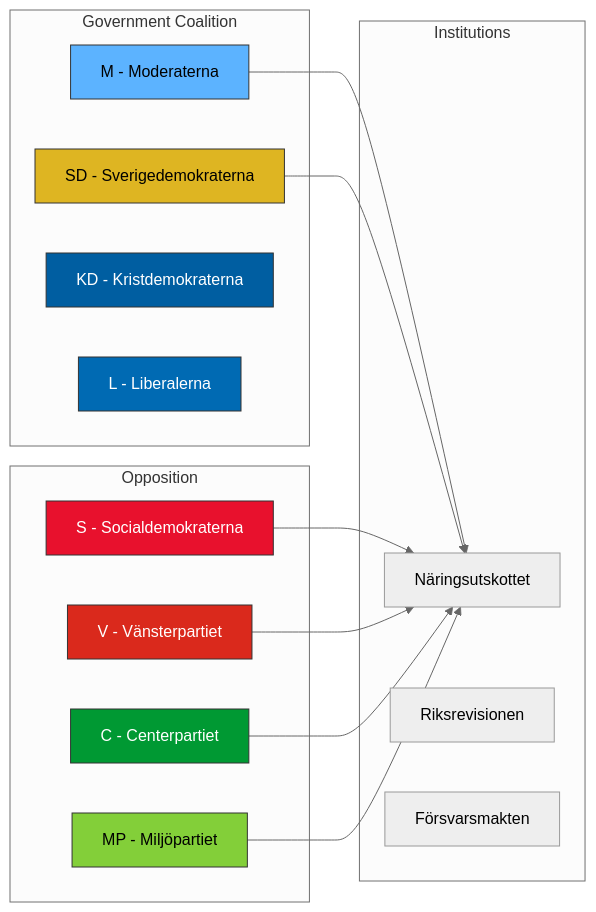
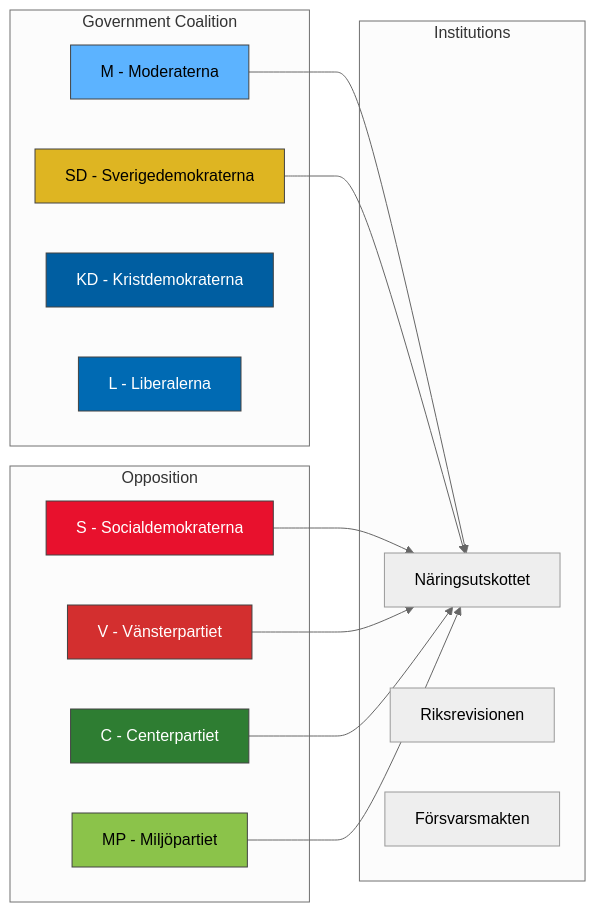
Before and after one commit to Hack23/riksdagsmonitor: the diagram in analysis/daily/2026-04-08/realtime-1146/stakeholder-perspectives.md, drawn with Mermaid (neutral theme). The commit also changed 785 other files, not shown here.

First line of the commit message:
Normalize mermaid colors across 786 analysis artifacts to ISMS Style Guide palette

````diff
--- a/analysis/daily/2026-04-08/realtime-1146/stakeholder-perspectives.md
+++ b/analysis/daily/2026-04-08/realtime-1146/stakeholder-perspectives.md
@@ -11,34 +11,34 @@
 ```mermaid
 graph LR
     subgraph Government Coalition
         M["M - Moderaterna"]
         SD["SD - Sverigedemokraterna"]
         KD["KD - Kristdemokraterna"]
         L["L - Liberalerna"]
     end
     subgraph Opposition
         S["S - Socialdemokraterna"]
         V["V - Vänsterpartiet"]
         C["C - Centerpartiet"]
         MP["MP - Miljöpartiet"]
     end
     subgraph Institutions
         NU["Näringsutskottet"]
         NAO["Riksrevisionen"]
         FM["Försvarsmakten"]
     end
     M --> NU
     SD --> NU
     S --> NU
     V --> NU
     C --> NU
     MP --> NU
-    style SD fill:#deb522,stroke:#333,color:#000
-    style M fill:#5cb3ff,stroke:#333,color:#000
-    style S fill:#e8112d,stroke:#333,color:#fff
-    style V fill:#da291c,stroke:#333,color:#fff
-    style C fill:#009933,stroke:#333,color:#fff
-    style MP fill:#83cf39,stroke:#333,color:#000
-    style KD fill:#005ea1,stroke:#333,color:#fff
-    style L fill:#006ab3,stroke:#333,color:#fff
+    style SD fill:#deb522,stroke:#424242,color:#000000
+    style M fill:#5cb3ff,stroke:#424242,color:#000000
+    style S fill:#e8112d,stroke:#424242,color:#FFFFFF
+    style V fill:#D32F2F,stroke:#424242,color:#FFFFFF
+    style C fill:#2E7D32,stroke:#424242,color:#FFFFFF
+    style MP fill:#8BC34A,stroke:#424242,color:#000000
+    style KD fill:#005ea1,stroke:#424242,color:#FFFFFF
+    style L fill:#006ab3,stroke:#424242,color:#FFFFFF
 ```
````
